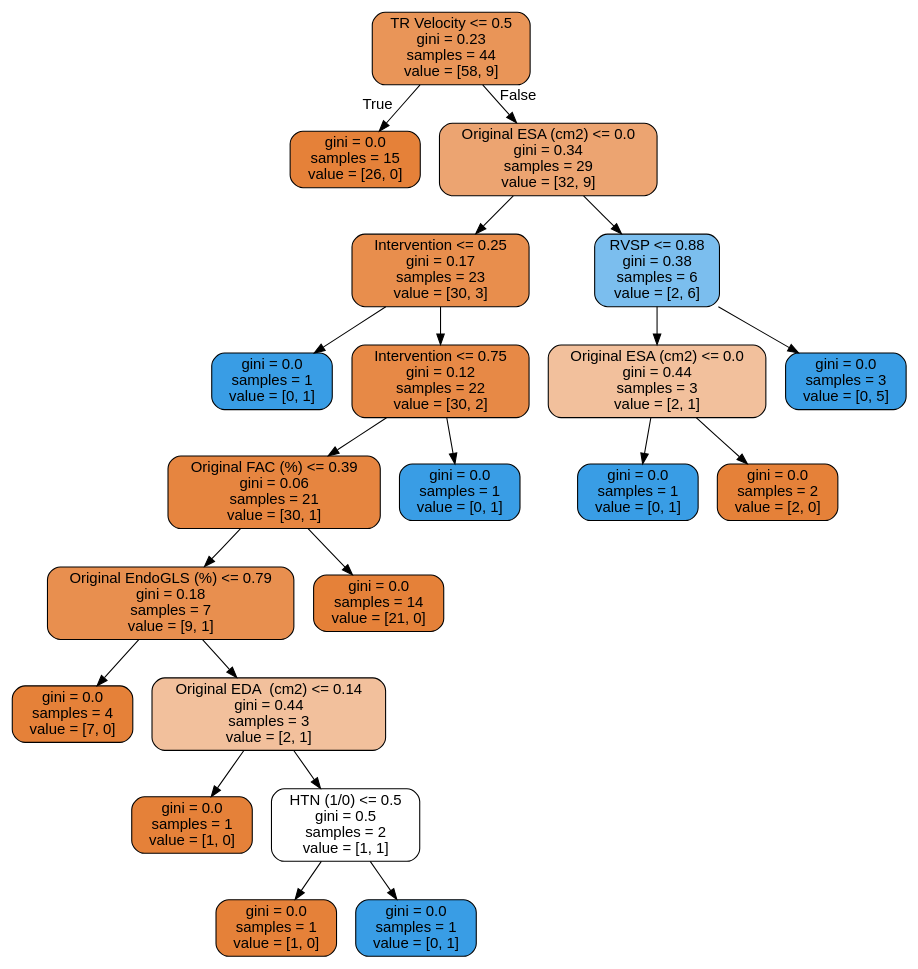
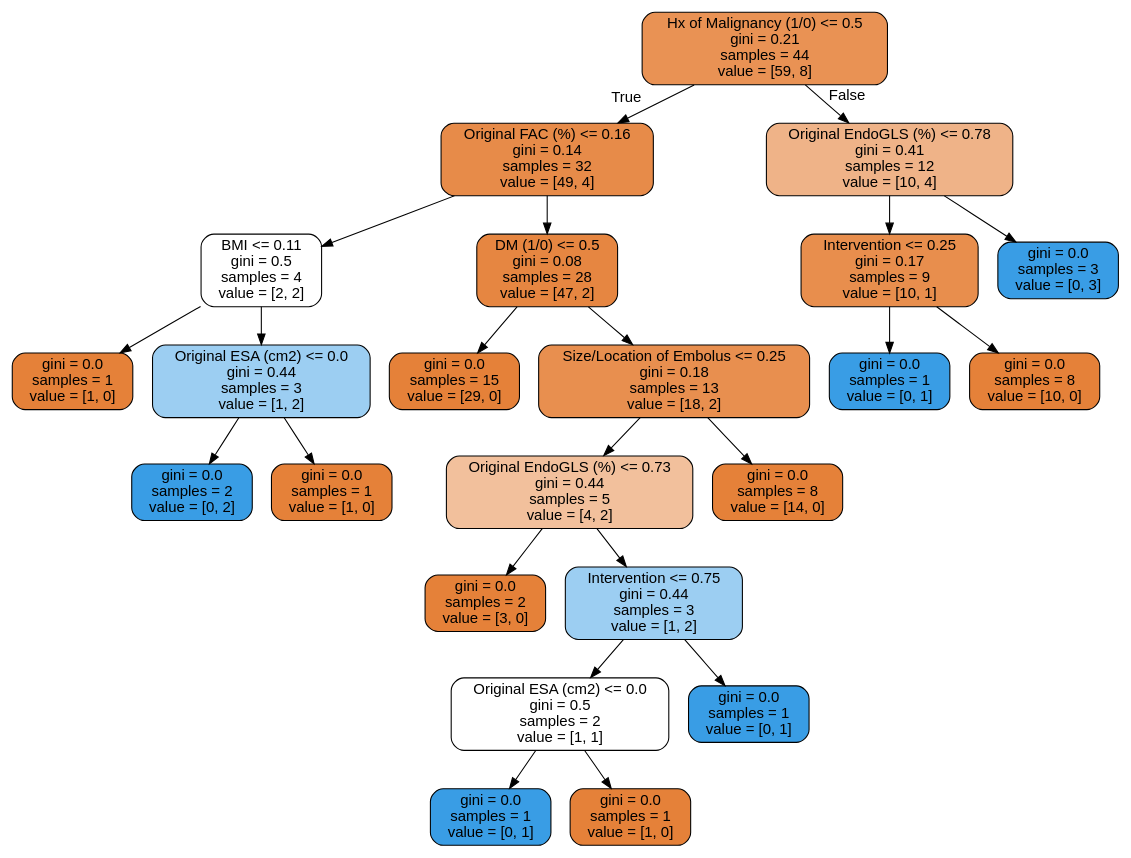
One commit to nitro41992/cs634-final-project changed the diagram in tree.dot. Above: the diagram before and after it, drawn with Graphviz. The commit also changed 2 other files, not shown here.

```diff
--- a/tree.dot
+++ b/tree.dot
@@ -1,45 +1,49 @@
 digraph Tree {
 node [shape=box, style="filled, rounded", color="black", fontname=helvetica] ;
 edge [fontname=helvetica] ;
-0 [label="TR Velocity <= 0.5\ngini = 0.23\nsamples = 44\nvalue = [58, 9]", fillcolor="#e99558"] ;
-1 [label="gini = 0.0\nsamples = 15\nvalue = [26, 0]", fillcolor="#e58139"] ;
+0 [label="Hx of Malignancy (1/0) <= 0.5\ngini = 0.21\nsamples = 44\nvalue = [59, 8]", fillcolor="#e99254"] ;
+1 [label=" Original FAC (%) <= 0.16\ngini = 0.14\nsamples = 32\nvalue = [49, 4]", fillcolor="#e78b49"] ;
 0 -> 1 [labeldistance=2.5, labelangle=45, headlabel="True"] ;
-2 [label="Original ESA (cm2) <= 0.0\ngini = 0.34\nsamples = 29\nvalue = [32, 9]", fillcolor="#eca471"] ;
-0 -> 2 [labeldistance=2.5, labelangle=-45, headlabel="False"] ;
-3 [label="Intervention <= 0.25\ngini = 0.17\nsamples = 23\nvalue = [30, 3]", fillcolor="#e88e4d"] ;
+2 [label="BMI <= 0.11\ngini = 0.5\nsamples = 4\nvalue = [2, 2]", fillcolor="#ffffff"] ;
+1 -> 2 ;
+3 [label="gini = 0.0\nsamples = 1\nvalue = [1, 0]", fillcolor="#e58139"] ;
 2 -> 3 ;
-4 [label="gini = 0.0\nsamples = 1\nvalue = [0, 1]", fillcolor="#399de5"] ;
-3 -> 4 ;
-5 [label="Intervention <= 0.75\ngini = 0.12\nsamples = 22\nvalue = [30, 2]", fillcolor="#e78946"] ;
-3 -> 5 ;
-6 [label=" Original FAC (%) <= 0.39\ngini = 0.06\nsamples = 21\nvalue = [30, 1]", fillcolor="#e68540"] ;
-5 -> 6 ;
-7 [label="Original EndoGLS (%) <= 0.79\ngini = 0.18\nsamples = 7\nvalue = [9, 1]", fillcolor="#e88f4f"] ;
-6 -> 7 ;
-8 [label="gini = 0.0\nsamples = 4\nvalue = [7, 0]", fillcolor="#e58139"] ;
+4 [label="Original ESA (cm2) <= 0.0\ngini = 0.44\nsamples = 3\nvalue = [1, 2]", fillcolor="#9ccef2"] ;
+2 -> 4 ;
+5 [label="gini = 0.0\nsamples = 2\nvalue = [0, 2]", fillcolor="#399de5"] ;
+4 -> 5 ;
+6 [label="gini = 0.0\nsamples = 1\nvalue = [1, 0]", fillcolor="#e58139"] ;
+4 -> 6 ;
+7 [label="DM (1/0) <= 0.5\ngini = 0.08\nsamples = 28\nvalue = [47, 2]", fillcolor="#e68641"] ;
+1 -> 7 ;
+8 [label="gini = 0.0\nsamples = 15\nvalue = [29, 0]", fillcolor="#e58139"] ;
 7 -> 8 ;
-9 [label="Original EDA  (cm2) <= 0.14\ngini = 0.44\nsamples = 3\nvalue = [2, 1]", fillcolor="#f2c09c"] ;
+9 [label="Size/Location of Embolus <= 0.25\ngini = 0.18\nsamples = 13\nvalue = [18, 2]", fillcolor="#e88f4f"] ;
 7 -> 9 ;
-10 [label="gini = 0.0\nsamples = 1\nvalue = [1, 0]", fillcolor="#e58139"] ;
+10 [label="Original EndoGLS (%) <= 0.73\ngini = 0.44\nsamples = 5\nvalue = [4, 2]", fillcolor="#f2c09c"] ;
 9 -> 10 ;
-11 [label="HTN (1/0) <= 0.5\ngini = 0.5\nsamples = 2\nvalue = [1, 1]", fillcolor="#ffffff"] ;
-9 -> 11 ;
-12 [label="gini = 0.0\nsamples = 1\nvalue = [1, 0]", fillcolor="#e58139"] ;
-11 -> 12 ;
-13 [label="gini = 0.0\nsamples = 1\nvalue = [0, 1]", fillcolor="#399de5"] ;
-11 -> 13 ;
-14 [label="gini = 0.0\nsamples = 14\nvalue = [21, 0]", fillcolor="#e58139"] ;
-6 -> 14 ;
-15 [label="gini = 0.0\nsamples = 1\nvalue = [0, 1]", fillcolor="#399de5"] ;
-5 -> 15 ;
-16 [label="RVSP <= 0.88\ngini = 0.38\nsamples = 6\nvalue = [2, 6]", fillcolor="#7bbeee"] ;
-2 -> 16 ;
-17 [label="Original ESA (cm2) <= 0.0\ngini = 0.44\nsamples = 3\nvalue = [2, 1]", fillcolor="#f2c09c"] ;
-16 -> 17 ;
-18 [label="gini = 0.0\nsamples = 1\nvalue = [0, 1]", fillcolor="#399de5"] ;
-17 -> 18 ;
-19 [label="gini = 0.0\nsamples = 2\nvalue = [2, 0]", fillcolor="#e58139"] ;
-17 -> 19 ;
-20 [label="gini = 0.0\nsamples = 3\nvalue = [0, 5]", fillcolor="#399de5"] ;
-16 -> 20 ;
+11 [label="gini = 0.0\nsamples = 2\nvalue = [3, 0]", fillcolor="#e58139"] ;
+10 -> 11 ;
+12 [label="Intervention <= 0.75\ngini = 0.44\nsamples = 3\nvalue = [1, 2]", fillcolor="#9ccef2"] ;
+10 -> 12 ;
+13 [label="Original ESA (cm2) <= 0.0\ngini = 0.5\nsamples = 2\nvalue = [1, 1]", fillcolor="#ffffff"] ;
+12 -> 13 ;
+14 [label="gini = 0.0\nsamples = 1\nvalue = [0, 1]", fillcolor="#399de5"] ;
+13 -> 14 ;
+15 [label="gini = 0.0\nsamples = 1\nvalue = [1, 0]", fillcolor="#e58139"] ;
+13 -> 15 ;
+16 [label="gini = 0.0\nsamples = 1\nvalue = [0, 1]", fillcolor="#399de5"] ;
+12 -> 16 ;
+17 [label="gini = 0.0\nsamples = 8\nvalue = [14, 0]", fillcolor="#e58139"] ;
+9 -> 17 ;
+18 [label="Original EndoGLS (%) <= 0.78\ngini = 0.41\nsamples = 12\nvalue = [10, 4]", fillcolor="#efb388"] ;
+0 -> 18 [labeldistance=2.5, labelangle=-45, headlabel="False"] ;
+19 [label="Intervention <= 0.25\ngini = 0.17\nsamples = 9\nvalue = [10, 1]", fillcolor="#e88e4d"] ;
+18 -> 19 ;
+20 [label="gini = 0.0\nsamples = 1\nvalue = [0, 1]", fillcolor="#399de5"] ;
+19 -> 20 ;
+21 [label="gini = 0.0\nsamples = 8\nvalue = [10, 0]", fillcolor="#e58139"] ;
+19 -> 21 ;
+22 [label="gini = 0.0\nsamples = 3\nvalue = [0, 3]", fillcolor="#399de5"] ;
+18 -> 22 ;
 }
```
